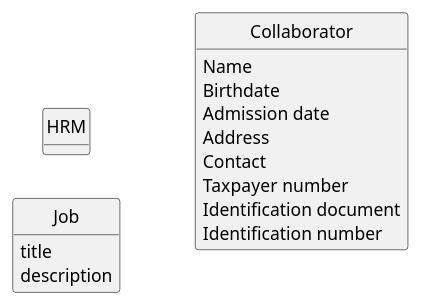
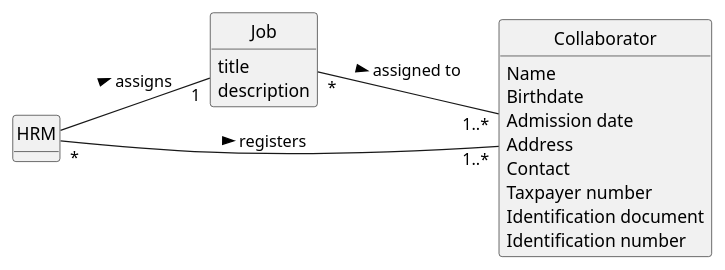
Before and after one commit to RicardoMorim/lapr2-ISEP-Project: the diagram in docs/sprintA/us003/02.analysis/puml/us003-domain-model.puml, drawn with PlantUML. The commit also changed 5 other files, not shown here.

```diff
--- a/docs/sprintA/us003/02.analysis/puml/us003-domain-model.puml
+++ b/docs/sprintA/us003/02.analysis/puml/us003-domain-model.puml
@@ -1,41 +1,43 @@
 @startuml
 skinparam monochrome true
 skinparam packageStyle rectangle
 skinparam shadowing false
 
 left to right direction
 
 skinparam classAttributeIconSize 0
 
 hide circle
 hide methods
 
 'title Domain Model
 
 class HRM {
 }
 
 class Job {
     title
     description
 }
 
 class Collaborator {
     Name
     Birthdate
     Admission date
     Address
     Contact
     Taxpayer number
     Identification document
     Identification number
 
 }
 
 
 'Relationships
-
+HRM "*" -- "1..*" Collaborator : registers >
+HRM -- "1" Job : assigns >
+Job "*" -- "1..*" Collaborator : assigned to >
 
 }
 
 @enduml
```
